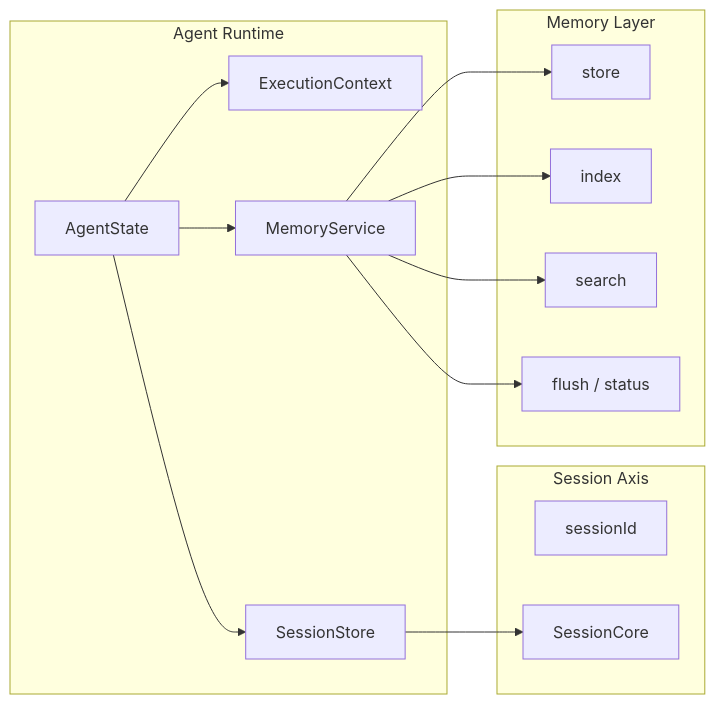
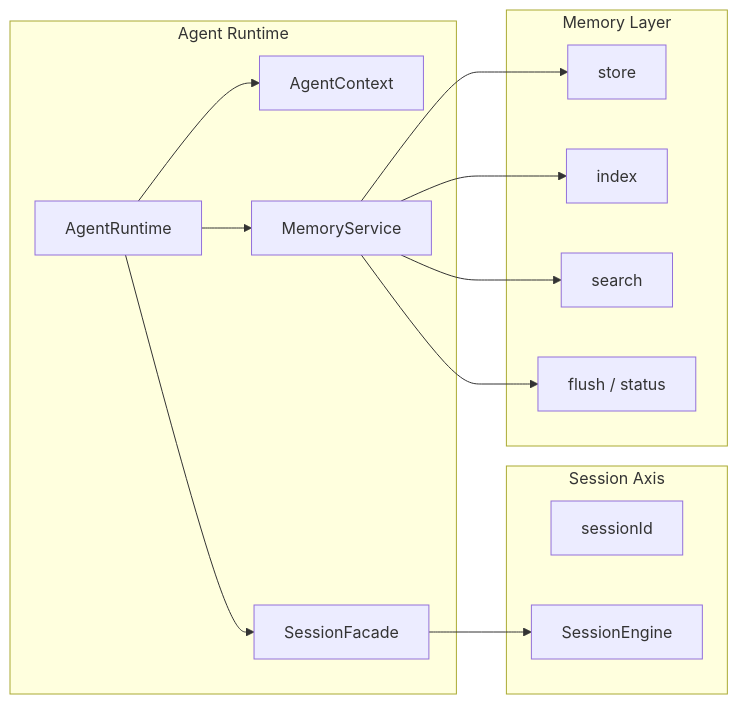
One commit to wangenius/downcity changed the first of 2 diagrams in homepage/content/devdocs/zh/services/memory-design.mdx. Above: the diagram before and after it, drawn with Mermaid. The commit also changed other lines of this file and 419 other files, not shown here.

````diff
--- a/homepage/content/devdocs/zh/services/memory-design.mdx
+++ b/homepage/content/devdocs/zh/services/memory-design.mdx
@@ -52,30 +52,30 @@
 ```mermaid
 flowchart LR
   subgraph AGENT["Agent Runtime"]
-    A1["AgentState"]
-    A2["ExecutionContext"]
-    A3["SessionStore"]
+    A1["AgentRuntime"]
+    A2["AgentContext"]
+    A3["SessionFacade"]
     A4["MemoryService"]
   end
 
   subgraph SESSION["Session Axis"]
     S1["sessionId"]
-    S2["SessionCore"]
+    S2["SessionEngine"]
   end
 
   subgraph MEMORY["Memory Layer"]
     M1["store"]
     M2["index"]
     M3["search"]
     M4["flush / status"]
   end
 
   A1 --> A2
   A1 --> A3
   A1 --> A4
   A4 --> M1
   A4 --> M2
   A4 --> M3
   A4 --> M4
   A3 --> S2
 ```
````
